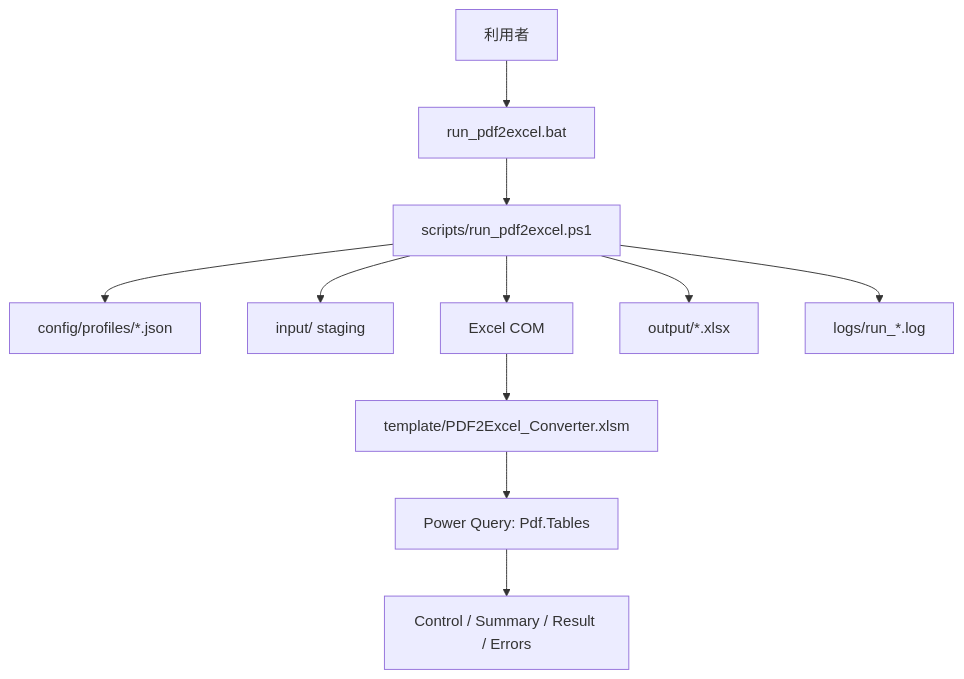
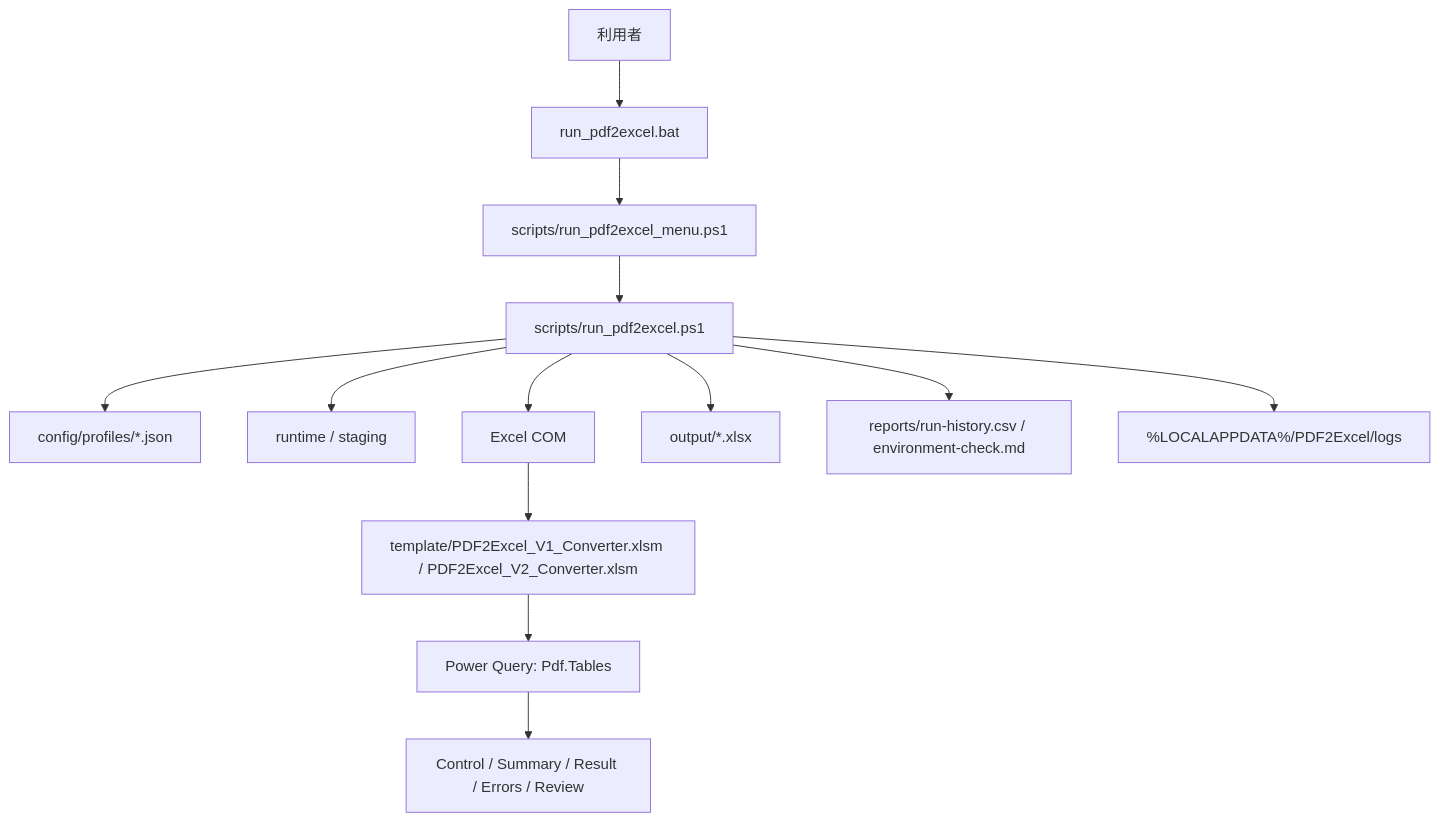
Before and after one commit to Ibar-Aki/PDF2Excel: the first of 2 diagrams in docs/technical-description.md, drawn with Mermaid. The commit also changed other lines of this file and 38 other files, not shown here.

````diff
--- a/docs/technical-description.md
+++ b/docs/technical-description.md
@@ -92,13 +99,15 @@
 ```mermaid
 flowchart TD
     A["利用者"] --> B["run_pdf2excel.bat"]
-    B --> C["scripts/run_pdf2excel.ps1"]
-    C --> D["config/profiles/*.json"]
-    C --> E["input/ staging"]
-    C --> F["Excel COM"]
-    F --> G["template/PDF2Excel_Converter.xlsm"]
-    G --> H["Power Query: Pdf.Tables"]
-    H --> I["Control / Summary / Result / Errors"]
-    C --> J["output/*.xlsx"]
-    C --> K["logs/run_*.log"]
+    B --> C["scripts/run_pdf2excel_menu.ps1"]
+    C --> D["scripts/run_pdf2excel.ps1"]
+    D --> E["config/profiles/*.json"]
+    D --> F["runtime / staging"]
+    D --> G["Excel COM"]
+    G --> H["template/PDF2Excel_V1_Converter.xlsm / PDF2Excel_V2_Converter.xlsm"]
+    H --> I["Power Query: Pdf.Tables"]
+    I --> J["Control / Summary / Result / Errors / Review"]
+    D --> K["output/*.xlsx"]
+    D --> L["reports/run-history.csv / environment-check.md"]
+    D --> M["%LOCALAPPDATA%/PDF2Excel/logs"]
 ```
````
